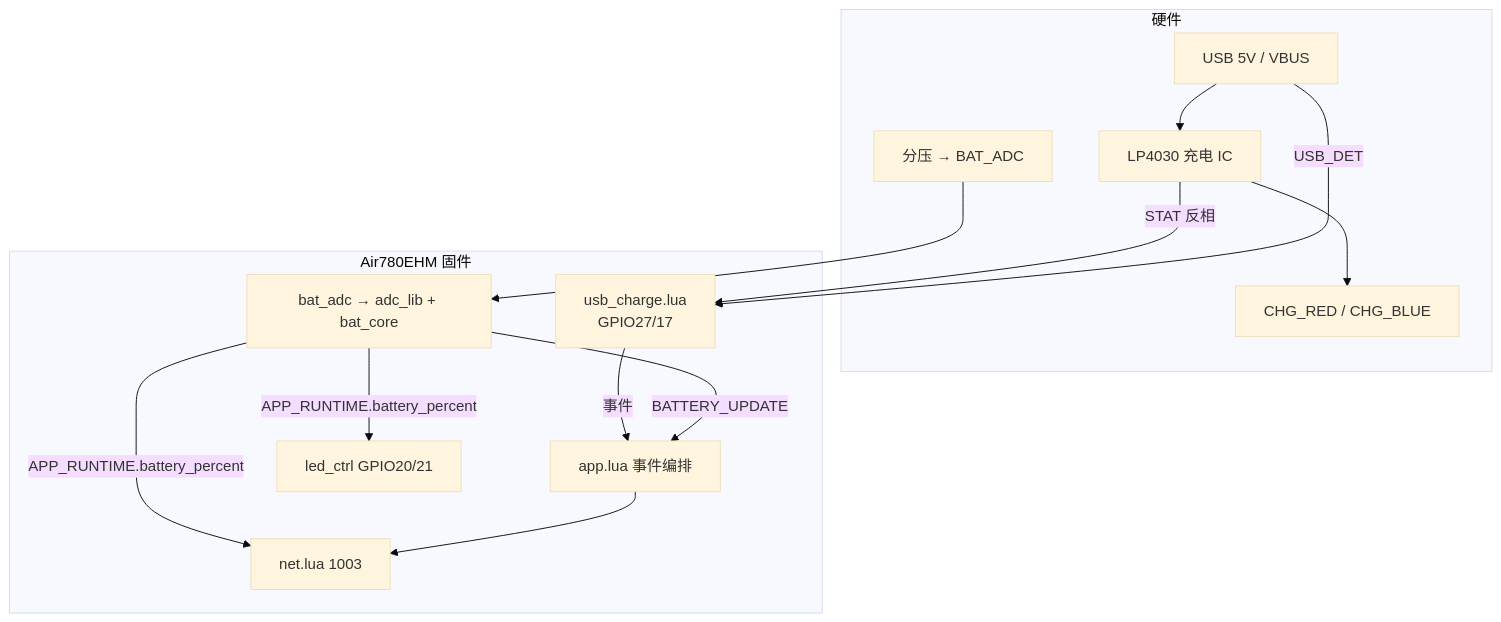
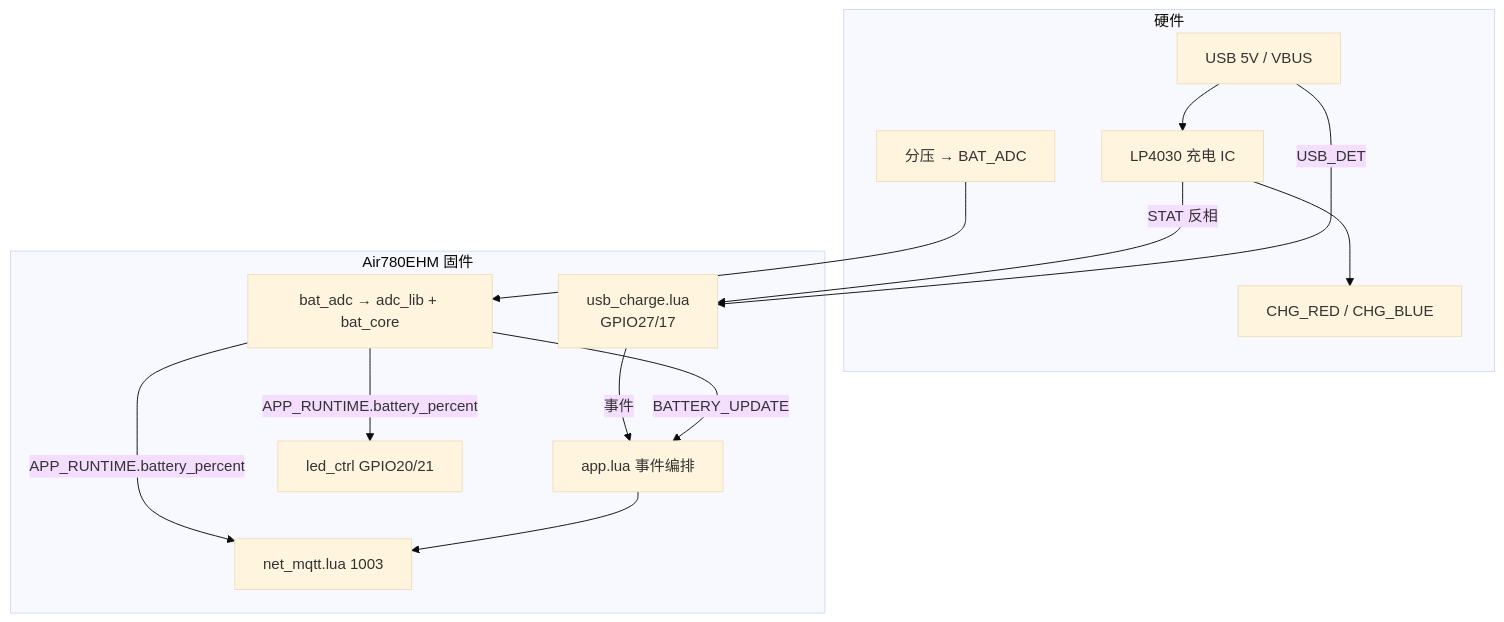
One commit to dzr1986/AIR780EHM changed the first of 4 diagrams in doc/CHARGE_BATTERY.md. Above: the diagram before and after it, drawn with Mermaid (base theme). The commit also changed other lines of this file and 35 other files, not shown here.

First line of the commit message:
refactor: 拆分 net_mqtt/net_tcp 并统一 t3x 命名

````diff
--- a/doc/CHARGE_BATTERY.md
+++ b/doc/CHARGE_BATTERY.md
@@ -18,26 +18,26 @@
 ```mermaid
 flowchart TB
     subgraph HW["硬件"]
         USB[USB 5V / VBUS]
         U17[LP4030 充电 IC]
         DIV[分压 → BAT_ADC]
         LED_CHG[CHG_RED / CHG_BLUE]
     end
     subgraph MCU["Air780EHM 固件"]
         CHG[usb_charge.lua<br/>GPIO27/17]
         BAT[bat_adc → adc_lib + bat_core]
         APP[app.lua 事件编排]
         LED[led_ctrl GPIO20/21]
-        NET[net.lua 1003]
+        NET[net_mqtt.lua 1003]
     end
     USB --> U17
     U17 --> LED_CHG
     U17 -->|STAT 反相| CHG
     USB -->|USB_DET| CHG
     DIV --> BAT
     BAT -->|APP_RUNTIME.battery_percent| LED
     BAT -->|APP_RUNTIME.battery_percent| NET
     CHG -->|事件| APP
     BAT -->|BATTERY_UPDATE| APP
     APP --> NET
 ```
````
